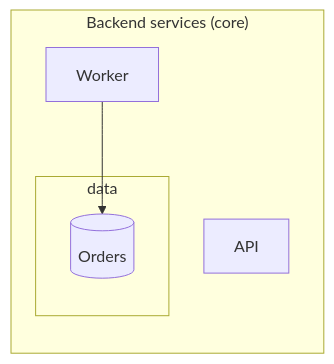
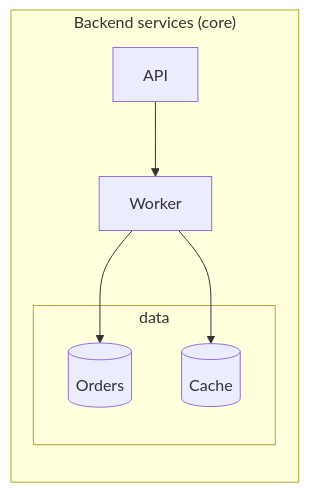
Before and after one commit to ChrisSwanson/archer: the ninth of 28 diagrams in ts/docs/supported-mermaid.md, drawn with Mermaid. The commit also changed other lines of this file and 116 other files, not shown here.

````diff
--- a/ts/docs/supported-mermaid.md
+++ b/ts/docs/supported-mermaid.md
@@ -268,12 +271,15 @@
 ```mermaid
 flowchart BT
   api[API]
   subgraph backend["Backend services (core)"]
     subgraph data
       db[(Orders)]
+      cache[(Cache)]
     end
     api
     worker[Worker]
   end
-  worker e1@--> db
+  api e1@--> worker
+  worker e2@--> db
+  worker e3@--> cache
 ```
````
